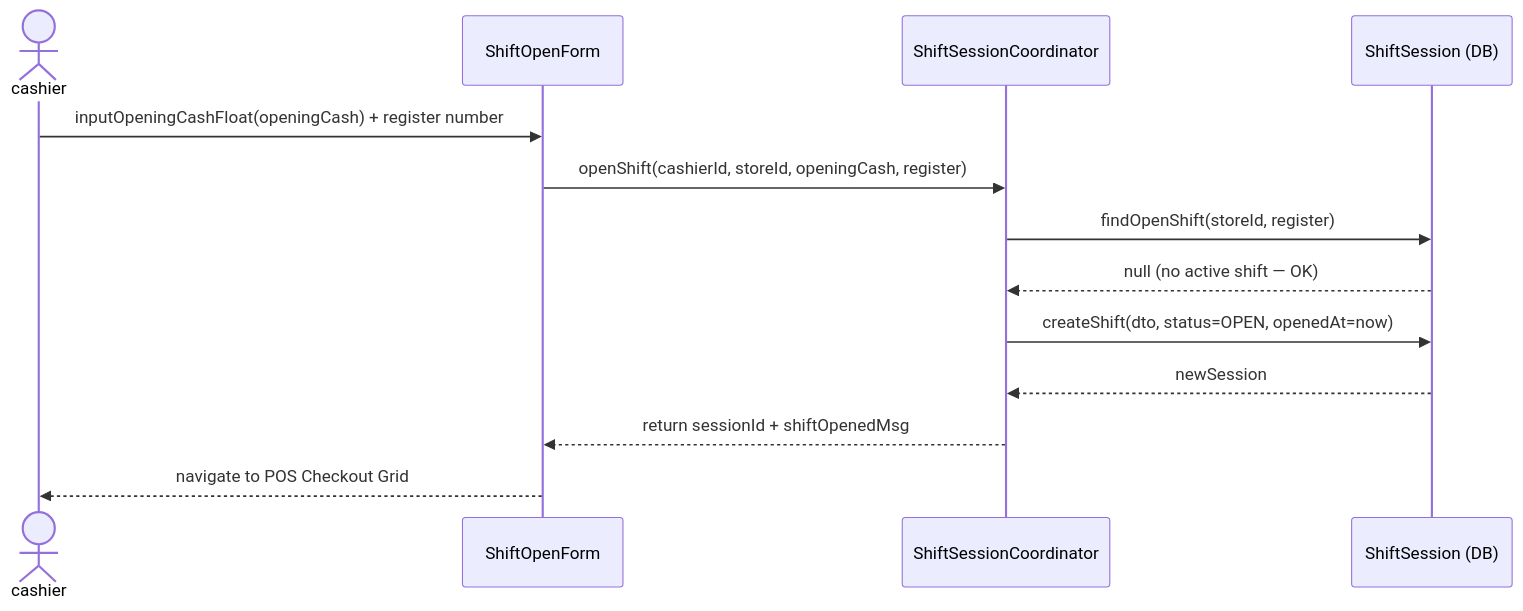
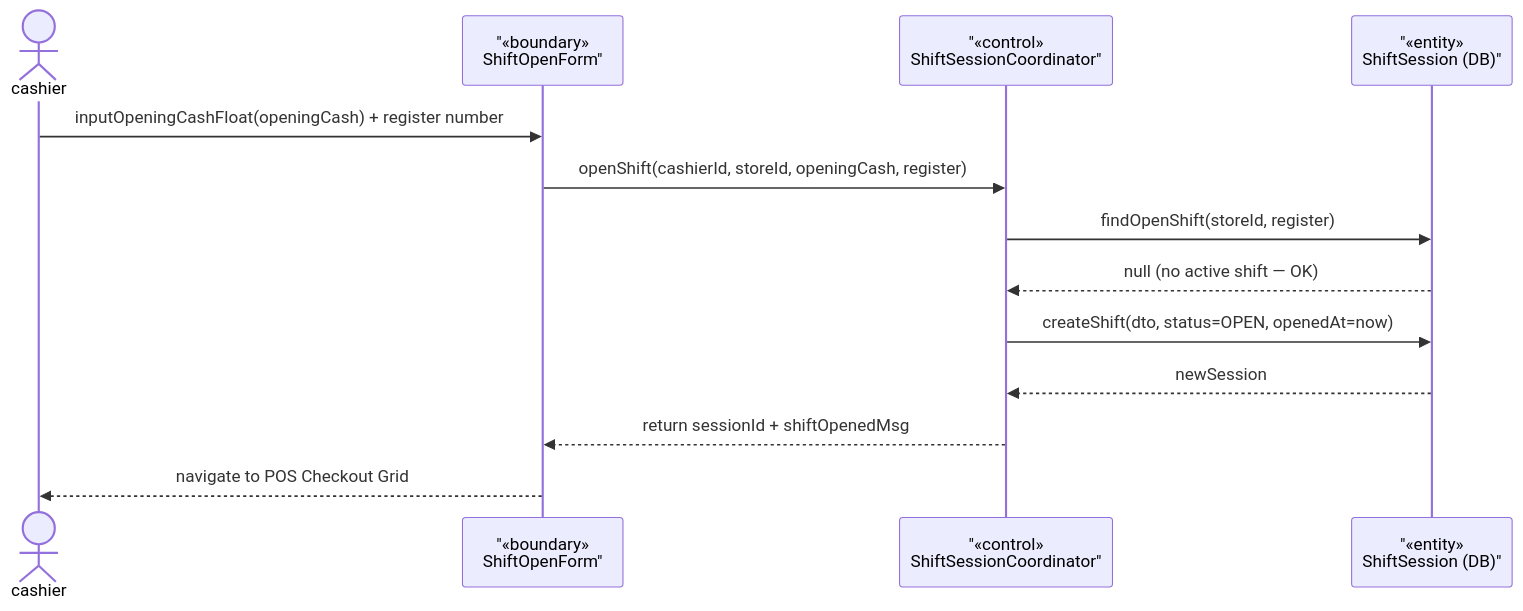
The second of 6 diagrams in rds_sections/10_detailed_3_7_pos_transaction.md (Shaichi/Khoga_coffe_shop), drawn with Mermaid before and after one commit. The commit also changed other lines of this file and 13 other files, not shown here.

````diff
--- a/rds_sections/10_detailed_3_7_pos_transaction.md
+++ b/rds_sections/10_detailed_3_7_pos_transaction.md
@@ -140,16 +140,16 @@
 ```mermaid
 sequenceDiagram
     actor cashier
-    participant OpenForm as ShiftOpenForm
-    participant ShiftCoord as ShiftSessionCoordinator
-    participant ShiftDB as ShiftSession (DB)
+participant OpenForm as "«boundary»<br/>ShiftOpenForm"
+participant ShiftCoord as "«control»<br/>ShiftSessionCoordinator"
+participant ShiftDB as "«entity»<br/>ShiftSession (DB)"
 
     cashier->>OpenForm: inputOpeningCashFloat(openingCash) + register number
     OpenForm->>ShiftCoord: openShift(cashierId, storeId, openingCash, register)
     ShiftCoord->>ShiftDB: findOpenShift(storeId, register)
     ShiftDB-->>ShiftCoord: null (no active shift — OK)
     ShiftCoord->>ShiftDB: createShift(dto, status=OPEN, openedAt=now)
     ShiftDB-->>ShiftCoord: newSession
     ShiftCoord-->>OpenForm: return sessionId + shiftOpenedMsg
     OpenForm-->>cashier: navigate to POS Checkout Grid
 ```
````
